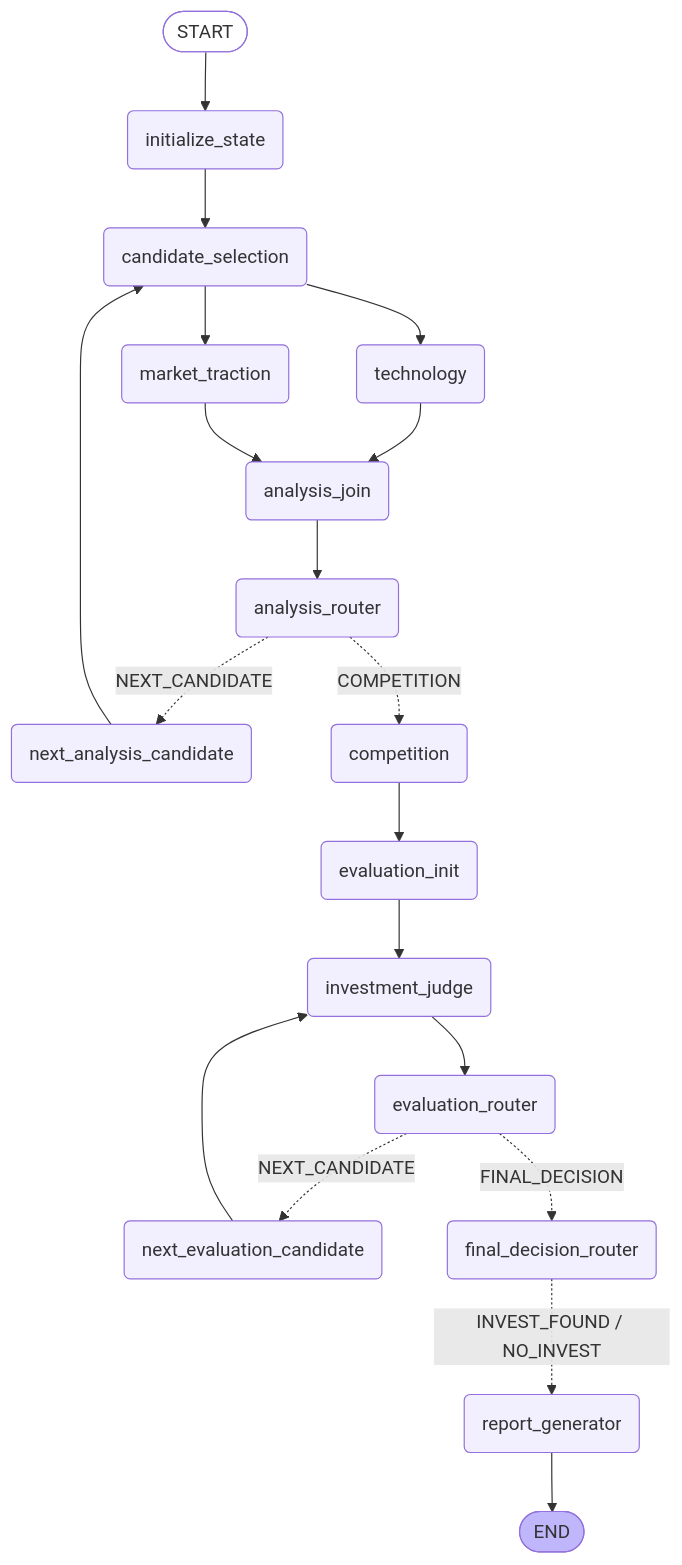
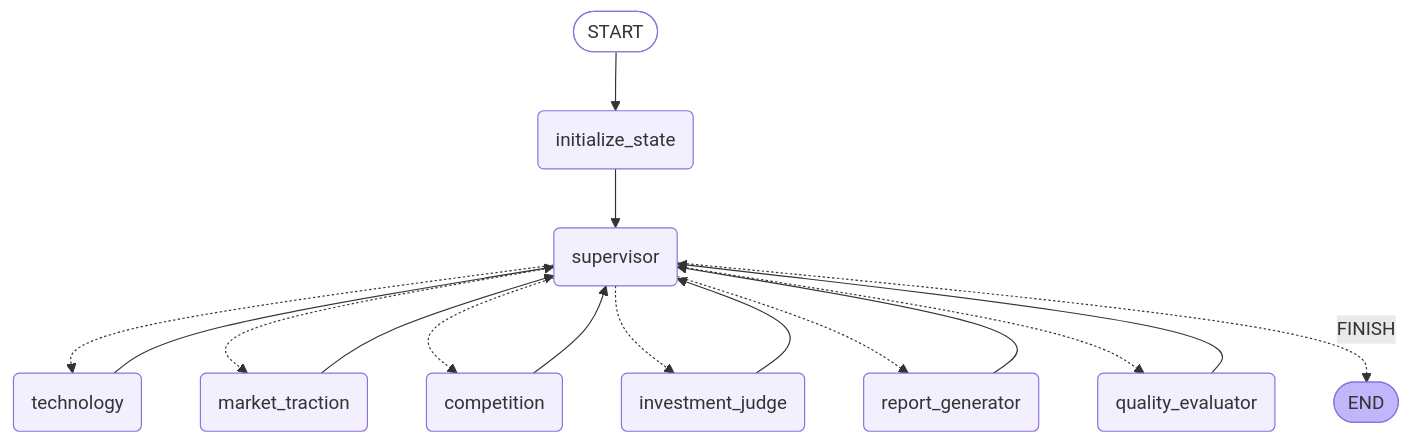
Before and after one commit to kyubin0973/invest-agent: the diagram in README.md, drawn with Mermaid. The commit also changed other lines of this file, not shown here.

Commit message:
docs: README를 Supervisor 과제 양식으로 갱신 (Pattern, State Schema, Architecture)

````diff
--- a/README.md
+++ b/README.md
@@ -51,40 +81,31 @@
 ```mermaid
 graph TD;
 	__start__([START]):::first
 	initialize_state(initialize_state)
-	candidate_selection(candidate_selection)
+	supervisor(supervisor)
 	technology(technology)
 	market_traction(market_traction)
-	analysis_join(analysis_join)
-	analysis_router(analysis_router)
-	next_analysis_candidate(next_analysis_candidate)
 	competition(competition)
-	evaluation_init(evaluation_init)
 	investment_judge(investment_judge)
-	evaluation_router(evaluation_router)
-	next_evaluation_candidate(next_evaluation_candidate)
-	final_decision_router(final_decision_router)
 	report_generator(report_generator)
+	quality_evaluator(quality_evaluator)
 	__end__([END]):::last
 	__start__ --> initialize_state;
-	initialize_state --> candidate_selection;
-	candidate_selection --> technology;
-	candidate_selection --> market_traction;
-	technology --> analysis_join;
-	market_traction --> analysis_join;
-	analysis_join --> analysis_router;
-	analysis_router -. NEXT_CANDIDATE .-> next_analysis_candidate;
-	next_analysis_candidate --> candidate_selection;
-	analysis_router -. COMPETITION .-> competition;
-	competition --> evaluation_init;
-	evaluation_init --> investment_judge;
-	investment_judge --> evaluation_router;
-	evaluation_router -. NEXT_CANDIDATE .-> next_evaluation_candidate;
-	next_evaluation_candidate --> investment_judge;
-	evaluation_router -. FINAL_DECISION .-> final_decision_router;
-	final_decision_router -. INVEST_FOUND / NO_INVEST .-> report_generator;
-	report_generator --> __end__;
+	initialize_state --> supervisor;
+	supervisor -.-> technology;
+	supervisor -.-> market_traction;
+	supervisor -.-> competition;
+	supervisor -.-> investment_judge;
+	supervisor -.-> report_generator;
+	supervisor -.-> quality_evaluator;
+	supervisor -. FINISH .-> __end__;
+	technology --> supervisor;
+	market_traction --> supervisor;
+	competition --> supervisor;
+	investment_judge --> supervisor;
+	report_generator --> supervisor;
+	quality_evaluator --> supervisor;
 	classDef default fill:#f2f0ff,line-height:1.2
 	classDef first fill-opacity:0
 	classDef last fill:#bfb6fc
 ```
````
